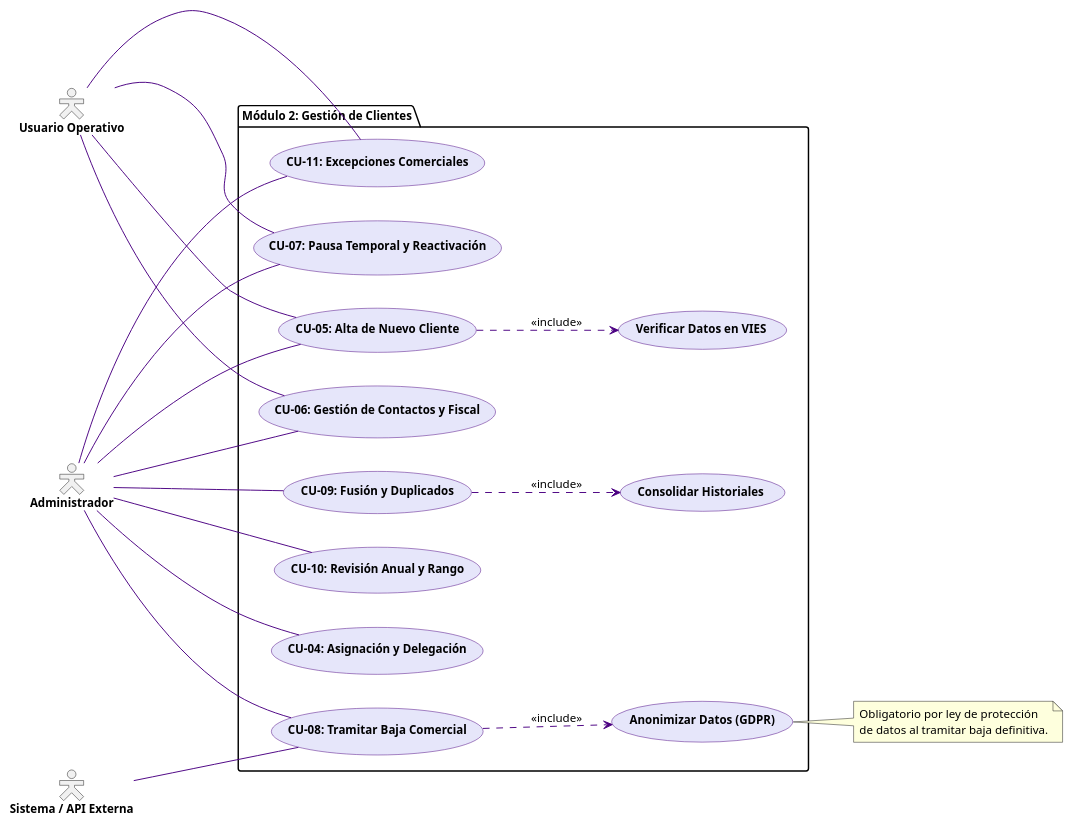
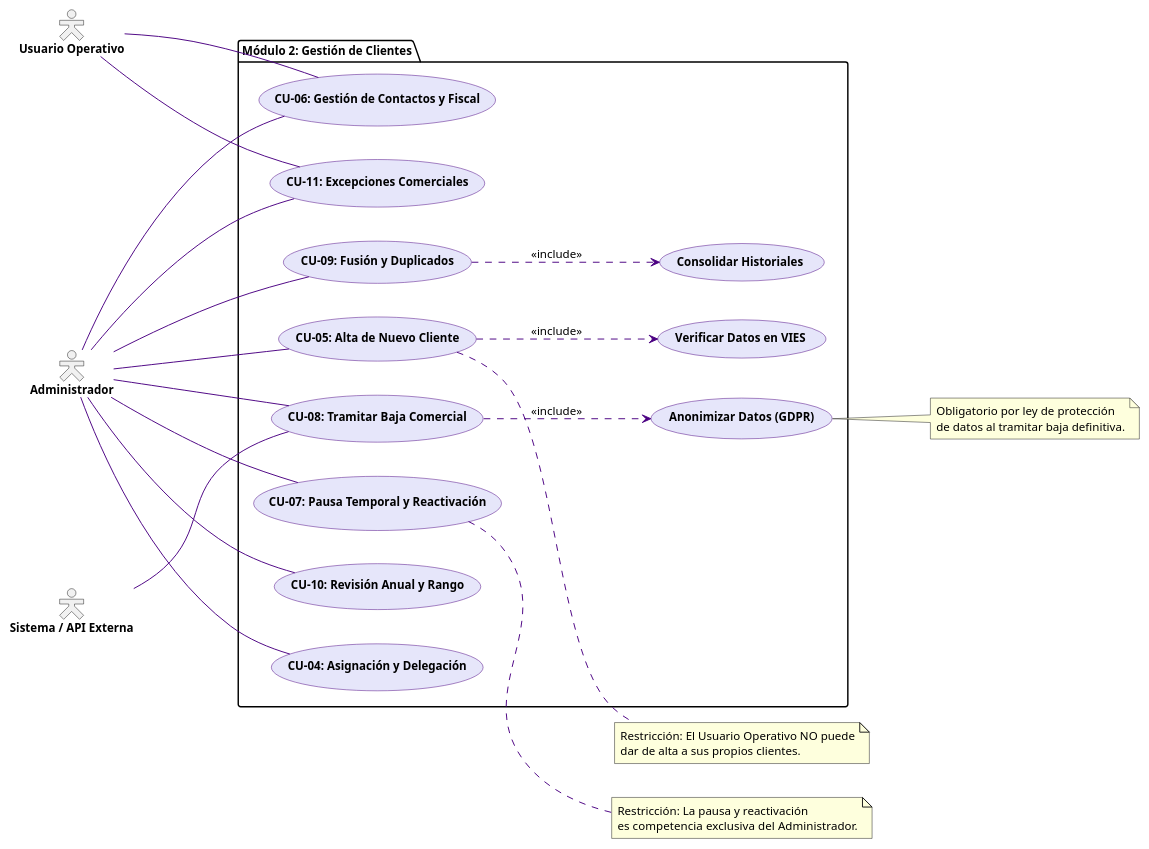
One commit to itsGuty/gatitos changed the diagram in doc/src/diagramas-uml/Modulo2GCR.pu. Above: the diagram before and after it, drawn with PlantUML. The commit also changed 4 other files, not shown here.

First line of the commit message:
UpdatedDiagramsCode

```diff
--- a/doc/src/diagramas-uml/Modulo2GCR.pu
+++ b/doc/src/diagramas-uml/Modulo2GCR.pu
@@ -1,65 +1,73 @@
 @startuml
 skinparam actorStyle hollow
 skinparam defaultFontColor black
 skinparam defaultFontSize 12
 
 skinparam usecase {
   BackgroundColor #E6E6FA
   BorderColor #4B0082
   ArrowColor #4B0082
   FontColor black
   FontStyle bold
 }
 
 skinparam actor {
   FontColor black
   FontStyle bold
 }
 
 left to right direction
 
 actor "Administrador" as Admin
 actor "Usuario Operativo" as OpUser
 actor "Sistema / API Externa" as SystemAPI
 
 package "Módulo 2: Gestión de Clientes" {
   usecase "CU-04: Asignación y Delegación" as CU04
   usecase "CU-05: Alta de Nuevo Cliente" as CU05
   usecase "CU-06: Gestión de Contactos y Fiscal" as CU06
   usecase "CU-07: Pausa Temporal y Reactivación" as CU07
   usecase "CU-08: Tramitar Baja Comercial" as CU08
   usecase "CU-09: Fusión y Duplicados" as CU09
   usecase "CU-10: Revisión Anual y Rango" as CU10
   usecase "CU-11: Excepciones Comerciales" as CU11
   
   usecase "Verificar Datos en VIES" as VerifyTax
   usecase "Anonimizar Datos (GDPR)" as AnonymizeData
   usecase "Consolidar Historiales" as MergeHistory
 }
 
 Admin --- CU04
 Admin --- CU05
 Admin --- CU06
 Admin --- CU07
 Admin --- CU08
 Admin --- CU09
 Admin --- CU10
 Admin --- CU11
 
-OpUser --- CU05
 OpUser --- CU06
-OpUser --- CU07
 OpUser --- CU11
 
 SystemAPI --- CU08
 
 CU05 ..> VerifyTax : <<include>>
 CU08 ..> AnonymizeData : <<include>>
 CU09 ..> MergeHistory : <<include>>
 
+note right of CU05
+  Restricción: El Usuario Operativo NO puede
+  dar de alta a sus propios clientes.
+end note
+
+note right of CU07
+  Restricción: La pausa y reactivación
+  es competencia exclusiva del Administrador.
+end note
+
 note right of AnonymizeData
   Obligatorio por ley de protección
   de datos al tramitar baja definitiva.
 end note
 
 @enduml
```
